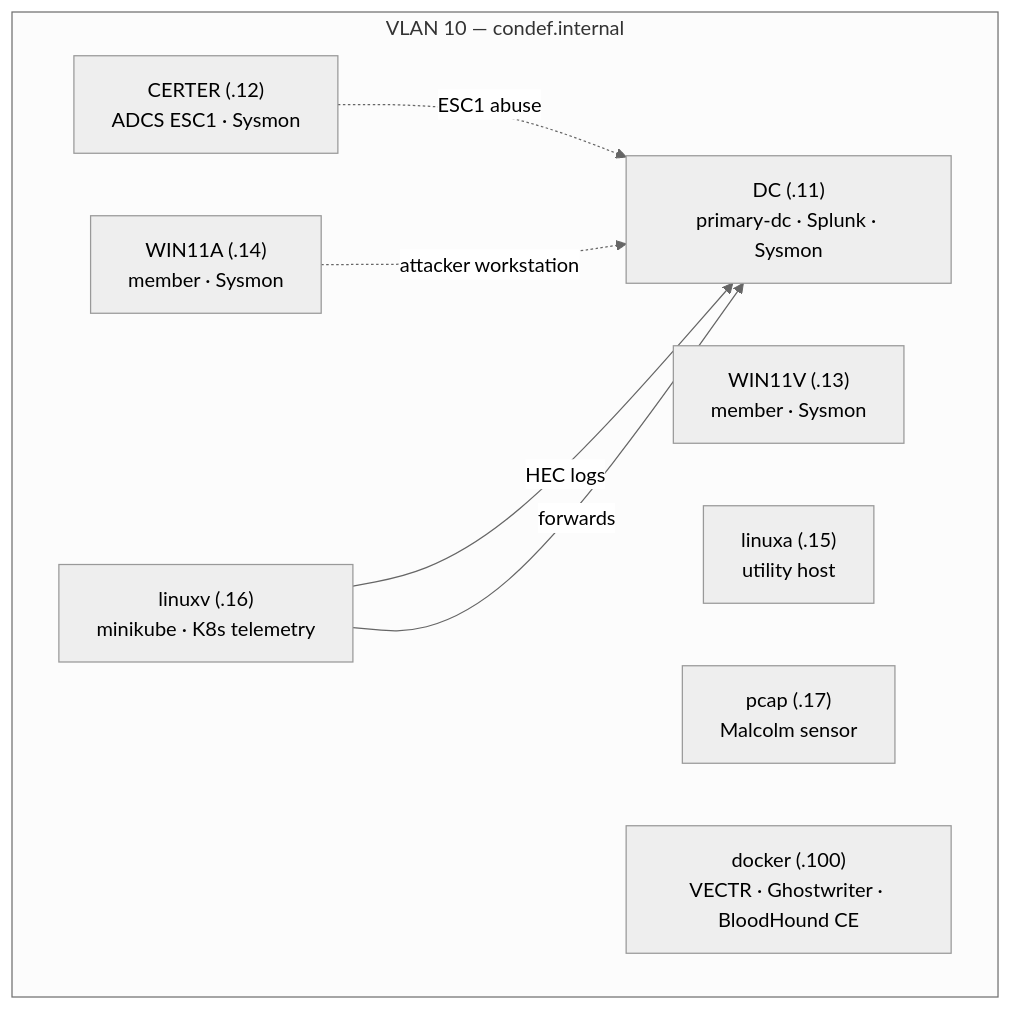
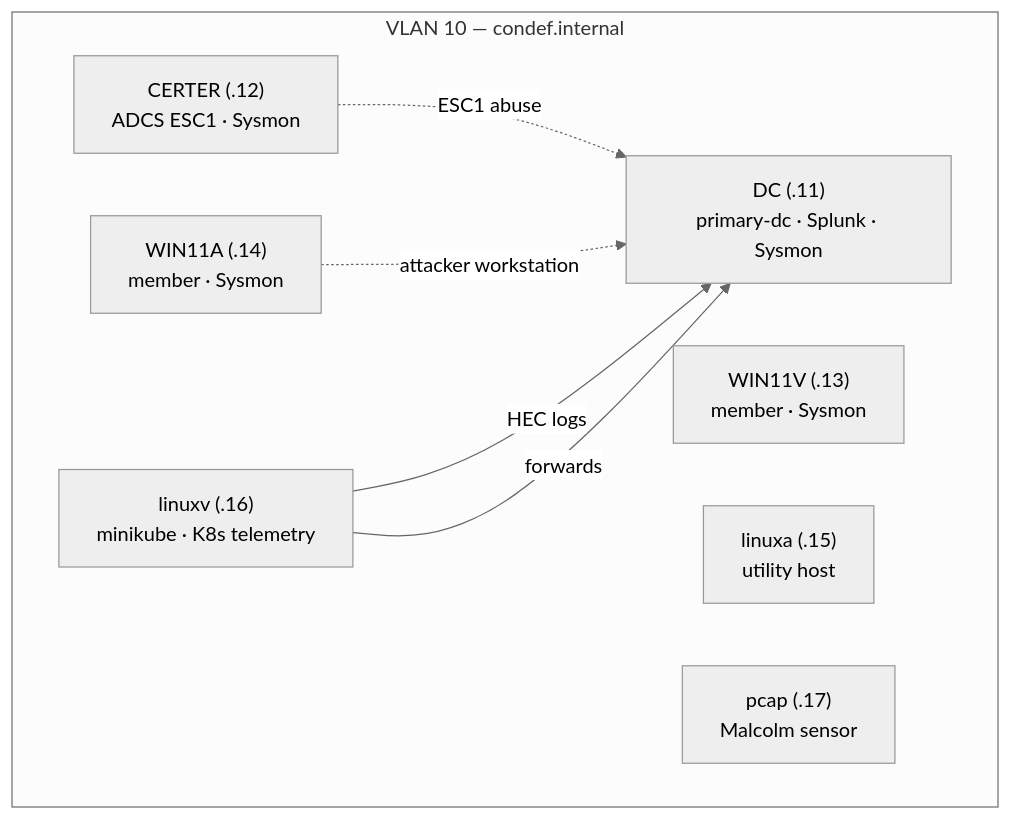
The diagram in blueprints/constructing-defense/README.md (dotknewt/awesome-ludus-sauce), drawn with Mermaid (neutral theme) before and after one commit. The commit also changed other lines of this file and 1 other file, not shown here.

````diff
--- a/blueprints/constructing-defense/README.md
+++ b/blueprints/constructing-defense/README.md
@@ -10,18 +10,17 @@
 ```mermaid
 graph TB
   subgraph vlan10["VLAN 10 — condef.internal"]
     DC["DC (.11)<br/>primary-dc · Splunk · Sysmon"]
     CERTER["CERTER (.12)<br/>ADCS ESC1 · Sysmon"]
     WIN11V["WIN11V (.13)<br/>member · Sysmon"]
     WIN11A["WIN11A (.14)<br/>member · Sysmon"]
     linuxa["linuxa (.15)<br/>utility host"]
     linuxv["linuxv (.16)<br/>minikube · K8s telemetry"]
     pcap["pcap (.17)<br/>Malcolm sensor"]
-    docker["docker (.100)<br/>VECTR · Ghostwriter · BloodHound CE"]
   end
 
   CERTER -. ESC1 abuse .-> DC
   WIN11A -. attacker workstation .-> DC
   linuxv -- HEC logs --> DC
   linuxv -- forwards --> DC
 ```
````
